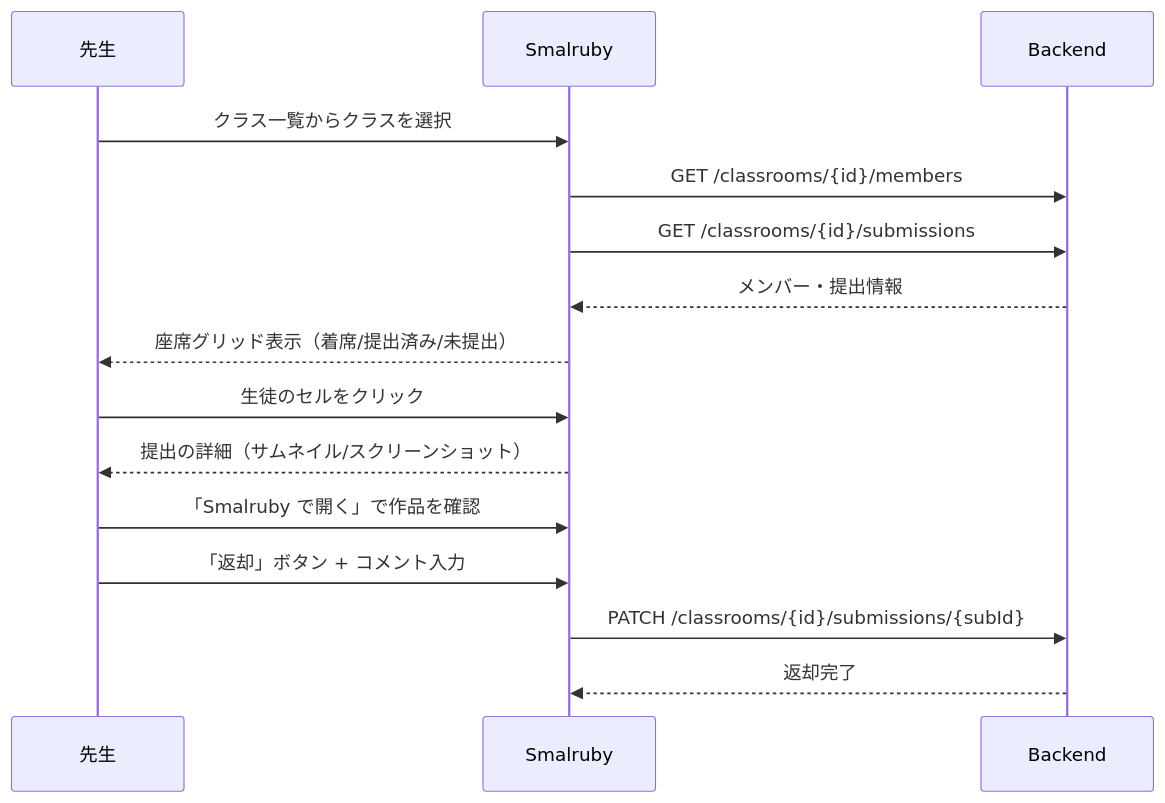
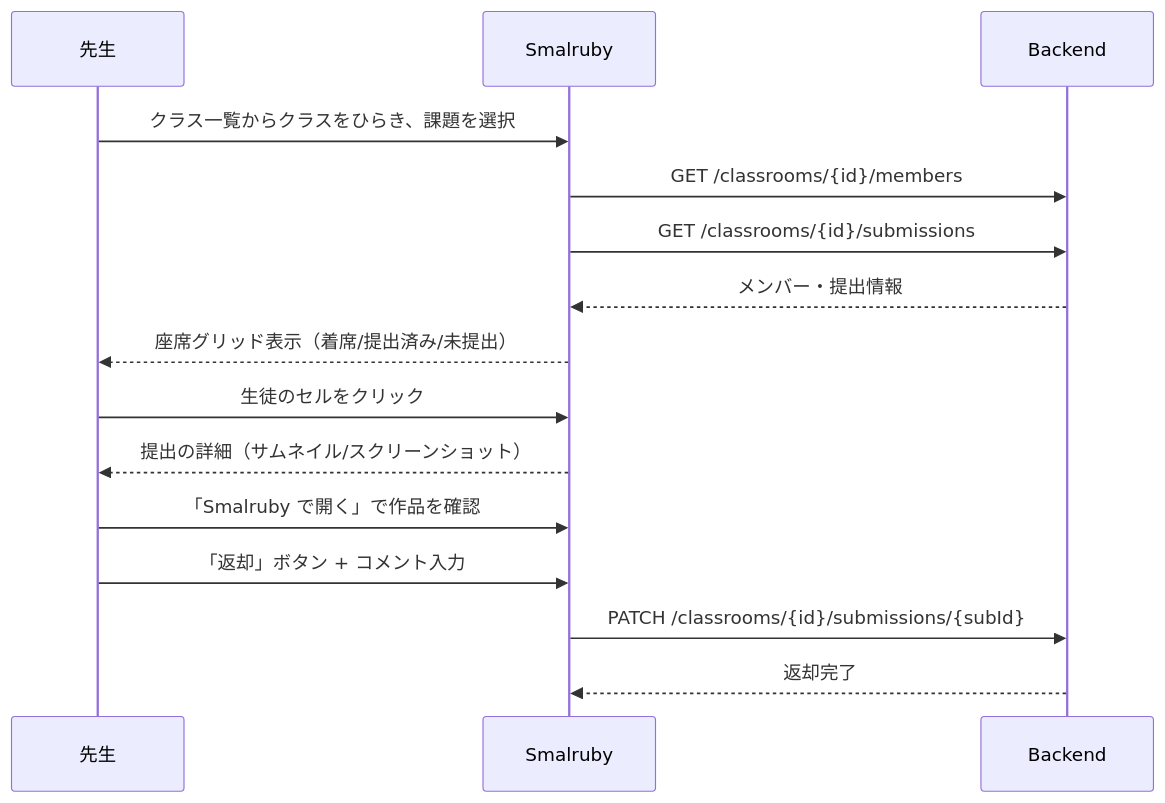
The third of 7 diagrams in docs/classroom/user-stories.md (smalruby/smalruby3-editor), drawn with Mermaid before and after one commit. The commit also changed other lines of this file, not shown here.

````diff
--- a/docs/classroom/user-stories.md
+++ b/docs/classroom/user-stories.md
@@ -77,18 +77,18 @@
 ```mermaid
 sequenceDiagram
     participant T as 先生
     participant UI as Smalruby
     participant API as Backend
 
-    T->>UI: クラス一覧からクラスを選択
+    T->>UI: クラス一覧からクラスをひらき、課題を選択
     UI->>API: GET /classrooms/{id}/members
     UI->>API: GET /classrooms/{id}/submissions
     API-->>UI: メンバー・提出情報
     UI-->>T: 座席グリッド表示（着席/提出済み/未提出）
     T->>UI: 生徒のセルをクリック
     UI-->>T: 提出の詳細（サムネイル/スクリーンショット）
     T->>UI: 「Smalruby で開く」で作品を確認
     T->>UI: 「返却」ボタン + コメント入力
     UI->>API: PATCH /classrooms/{id}/submissions/{subId}
     API-->>UI: 返却完了
 ```
````
